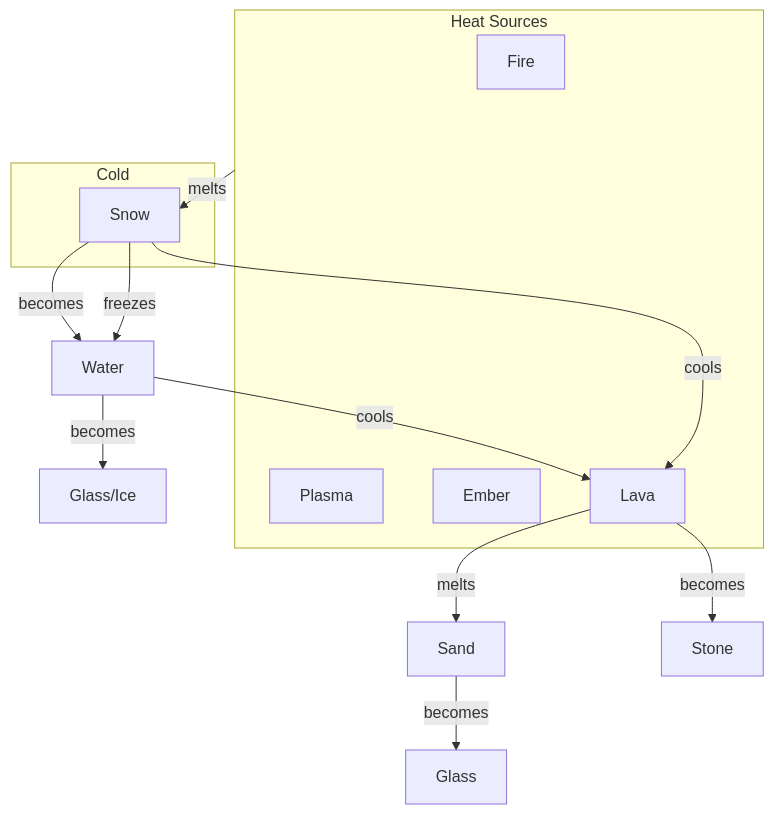
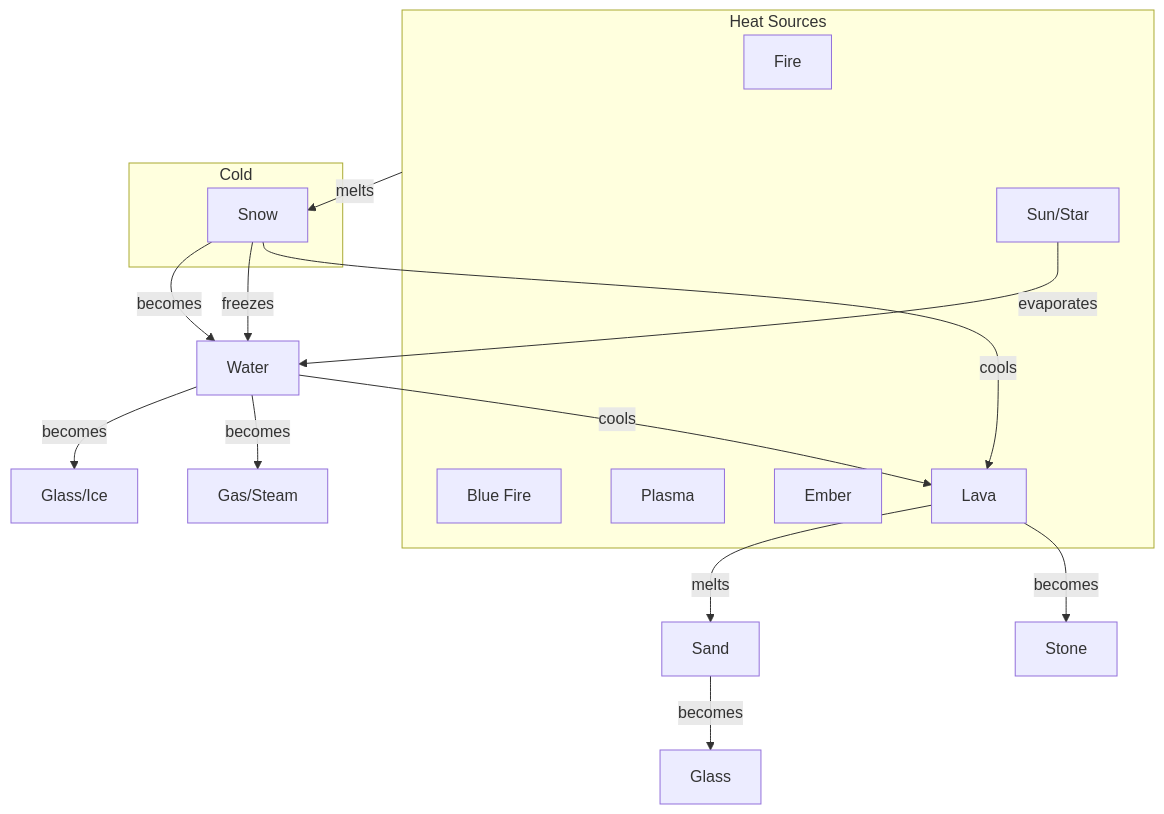
Before and after one commit to VoX/ai-sand-fork: the seventh of 15 diagrams in README.md, drawn with Mermaid. The commit also changed other lines of this file and 1 other file, not shown here.

First line of the commit message:
Enhance sun effects, update README with all new particles

````diff
--- a/README.md
+++ b/README.md
@@ -297,25 +333,29 @@
 ```mermaid
 flowchart TD
     subgraph Hot[Heat Sources]
         Fire[Fire]
+        BlueFire[Blue Fire]
         Plasma[Plasma]
         Ember[Ember]
         Lava[Lava]
+        Star[Sun/Star]
     end
 
     subgraph Cold[Cold]
         Snow[Snow]
     end
 
     Hot -->|melts| Snow
     Snow -->|becomes| Water[Water]
     Snow -->|freezes| Water
     Water -->|becomes| Ice[Glass/Ice]
+    Star -->|evaporates| Water
+    Water -->|becomes| Gas[Gas/Steam]
 
     Lava -->|melts| Sand[Sand]
     Sand -->|becomes| Glass[Glass]
 
     Water -->|cools| Lava
     Snow -->|cools| Lava
     Lava -->|becomes| Stone[Stone]
 ```
````
